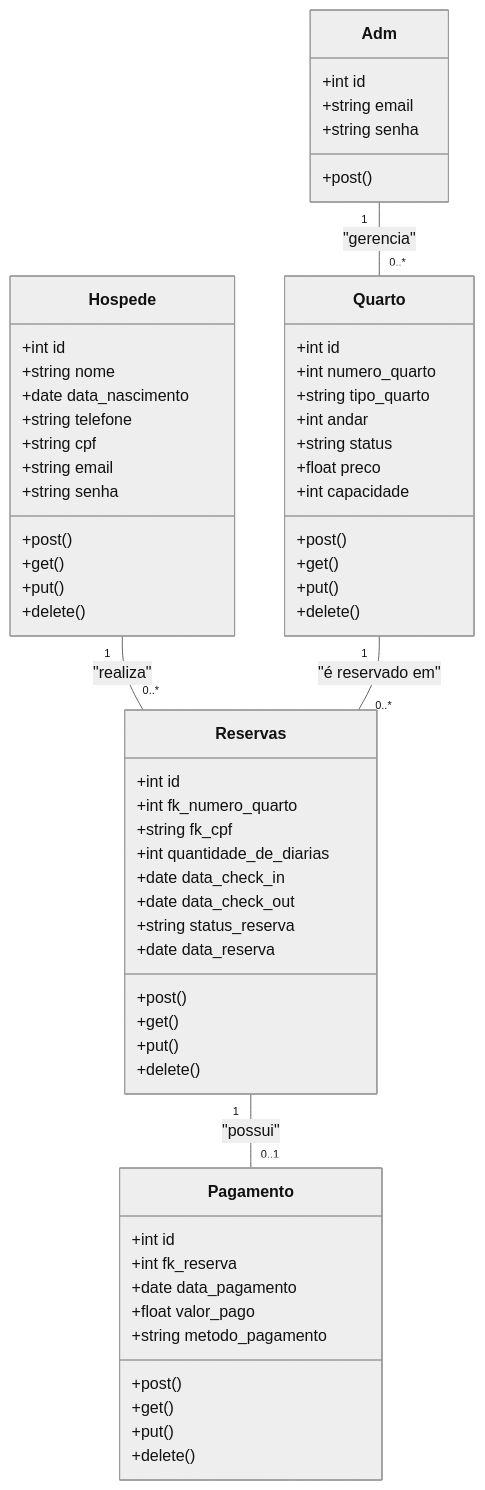
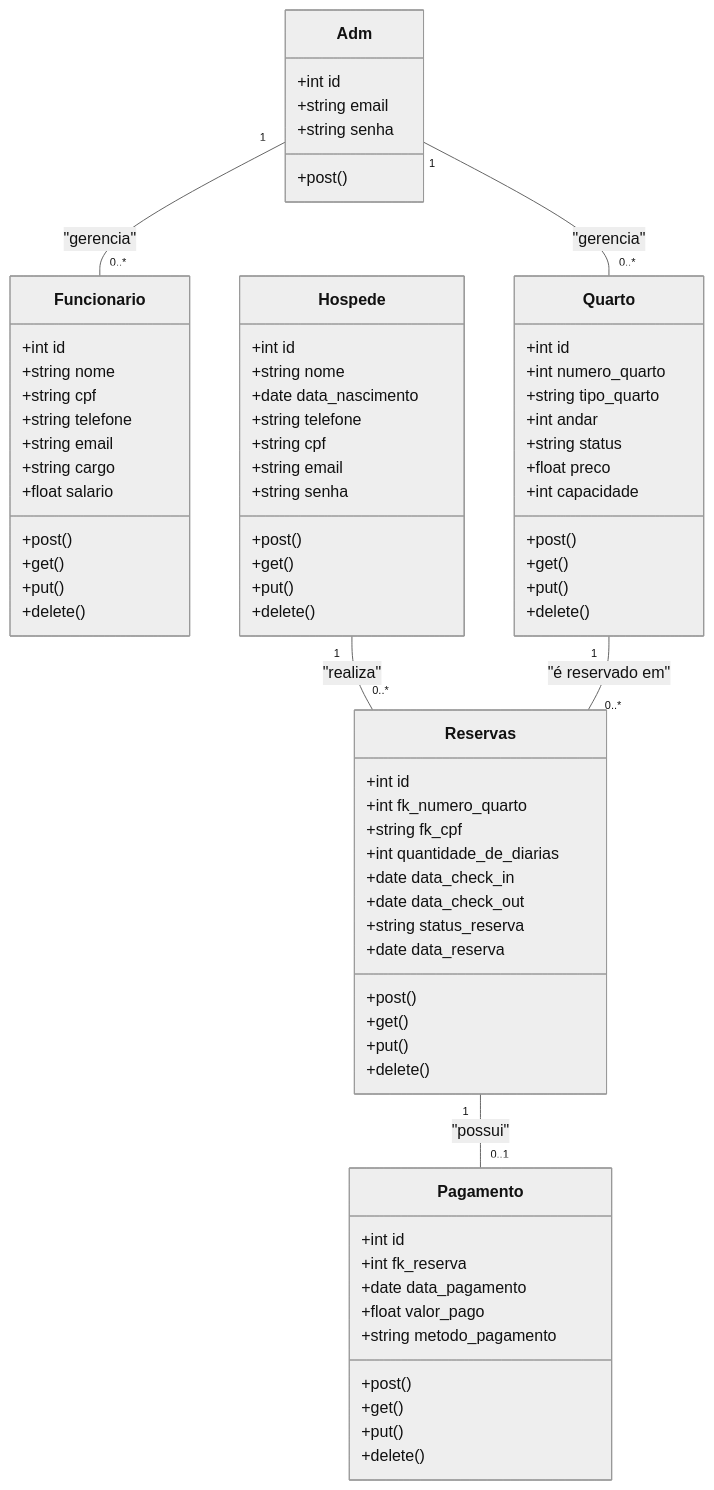
One commit to epicestudar/Hostly-java-interface changed the first of 3 diagrams in README.md. Above: the diagram before and after it, drawn with Mermaid (neutral theme). The commit also changed other lines of this file, not shown here.

````diff
--- a/README.md
+++ b/README.md
@@ -66,6 +66,20 @@
         +string email
         +string senha
         +post()
+    }
+
+    class Funcionario {
+        +int id
+        +string nome
+        +string cpf
+        +string telefone
+        +string email
+        +string cargo
+        +float salario
+        +post()
+        +get()
+        +put()
+        +delete()
     }
 
     class Hospede {
@@ -123,10 +137,10 @@
         +delete()
     }
 
+    Adm "1" -- "0..*" Funcionario : "gerencia"
     Adm "1" -- "0..*" Quarto : "gerencia"
     Hospede "1" -- "0..*" Reservas : "realiza"
     Quarto "1" -- "0..*" Reservas : "é reservado em"
     Reservas "1" -- "0..1" Pagamento : "possui"
 
-
 ```
````
